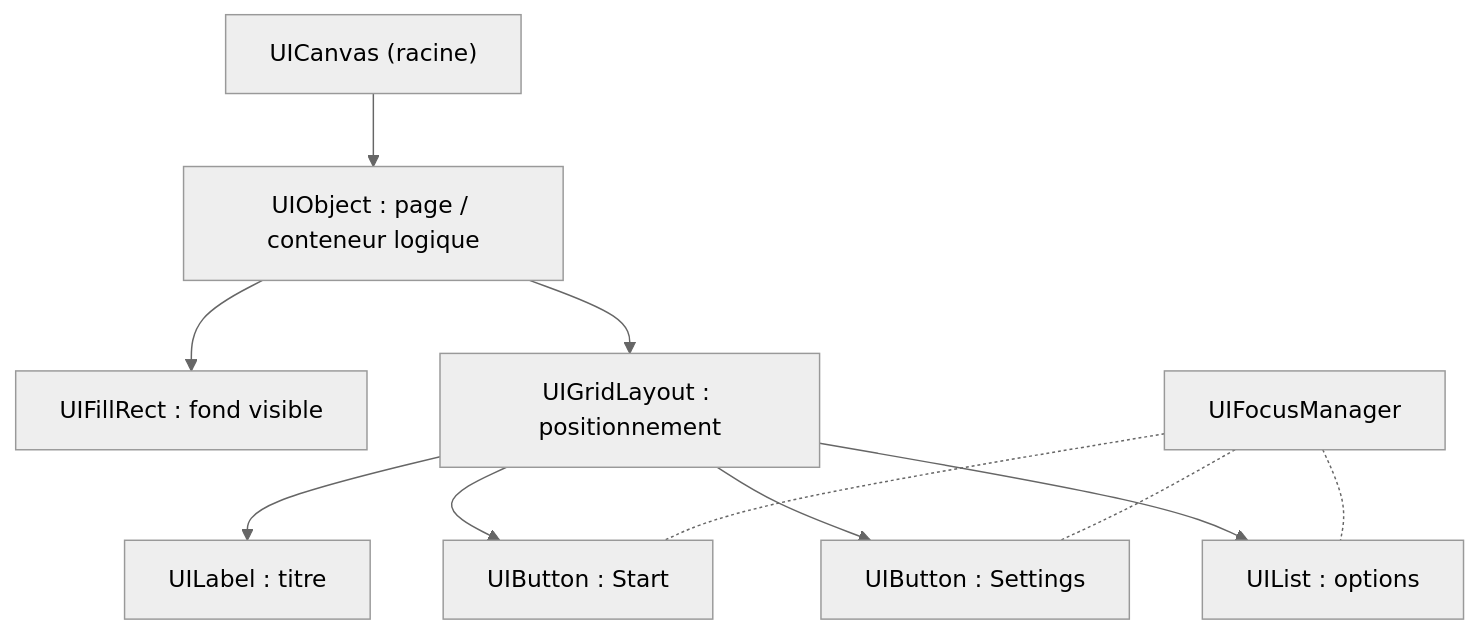
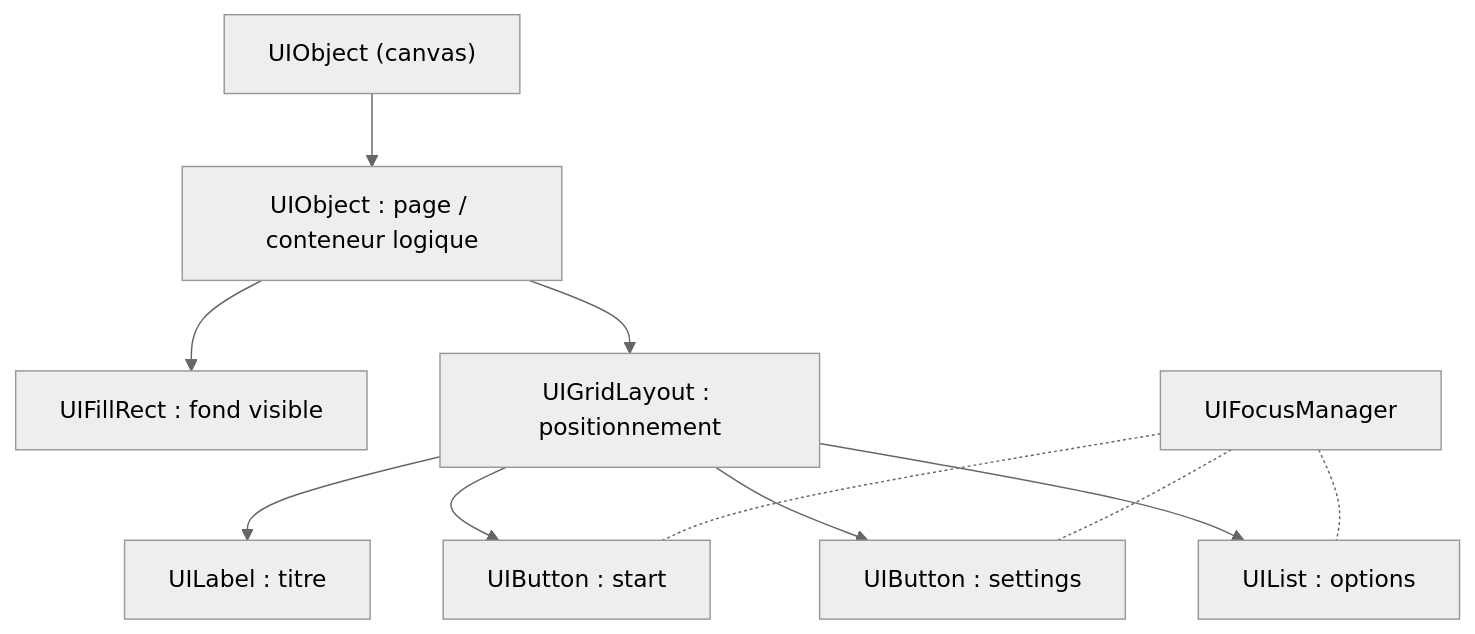
Before and after one commit to ArnaudBannier/space-pixels-sdl3: the first of 2 diagrams in docs/ui_guide_fr.md, drawn with Mermaid (neutral theme). The commit also changed other lines of this file, not shown here.

````diff
--- a/docs/ui_guide_fr.md
+++ b/docs/ui_guide_fr.md
@@ -17,13 +24,13 @@
 ```mermaid
 graph
-  Canvas["UICanvas (racine)"] --> Panel["UIObject : page / conteneur logique"]
+  Canvas["UIObject (canvas)"] --> Panel["UIObject : page / conteneur logique"]
   Panel --> Fill["UIFillRect : fond visible"]
   Panel --> Grid["UIGridLayout : positionnement"]
   Grid --> Label["UILabel : titre"]
-  Grid --> BtnStart["UIButton : Start"]
-  Grid --> BtnSettings["UIButton : Settings"]
+  Grid --> BtnStart["UIButton : start"]
+  Grid --> BtnSettings["UIButton : settings"]
   Grid --> List["UIList : options"]
   FocusMgr["UIFocusManager"] -.- BtnStart
   FocusMgr -.- BtnSettings
   FocusMgr -.- List
 ```
````
